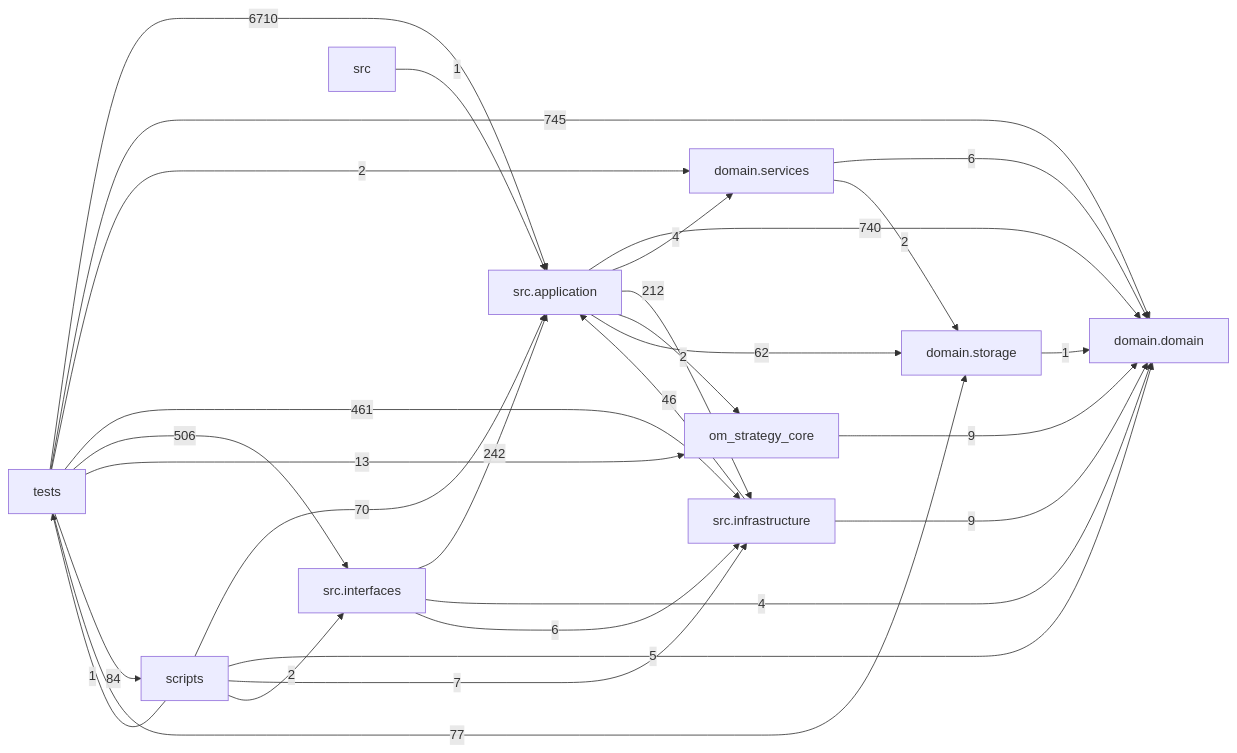
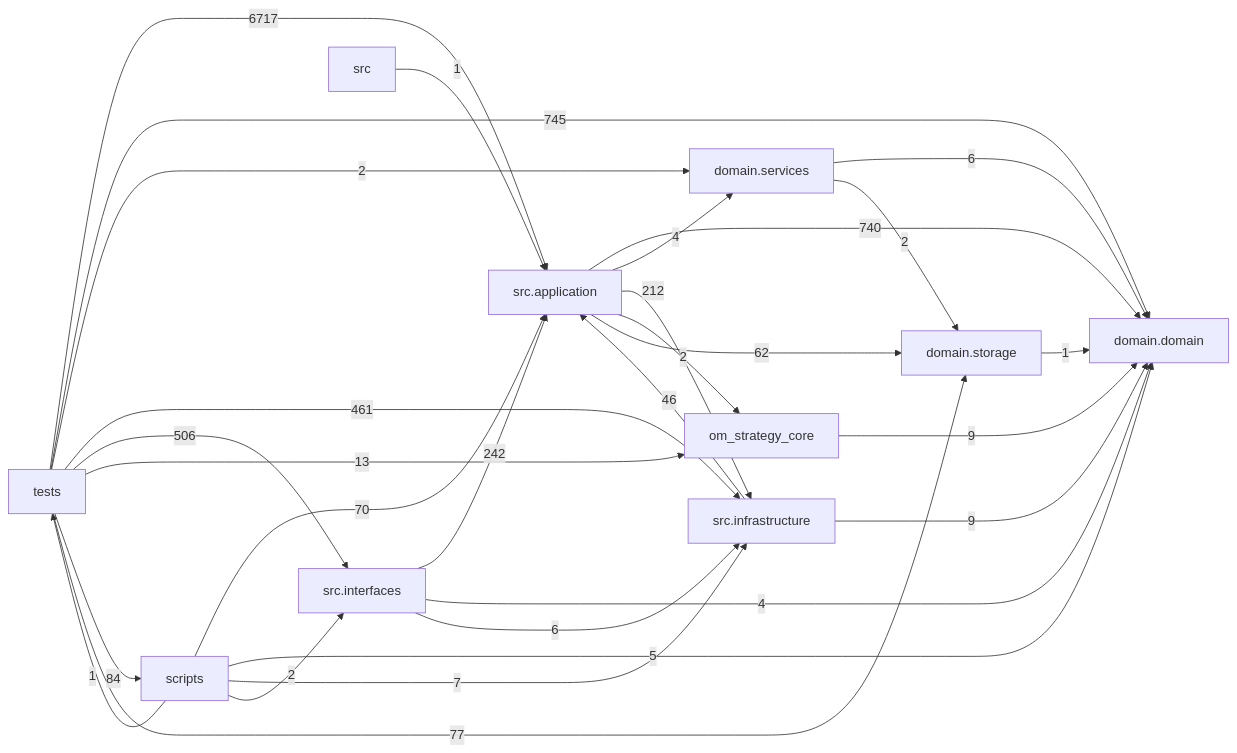
One commit to liuxie066/options-monitor changed the diagram in docs/DEPENDENCY_GRAPH.md. Above: the diagram before and after it, drawn with Mermaid. The commit also changed other lines of this file and 4 other files, not shown here.

````diff
--- a/docs/DEPENDENCY_GRAPH.md
+++ b/docs/DEPENDENCY_GRAPH.md
@@ -24,39 +24,39 @@
 ```mermaid
 flowchart LR
   tests["tests"]
   scripts["scripts"]
   interfaces["src.interfaces"]
   application["src.application"]
   infrastructure["src.infrastructure"]
   domain_services["domain.services"]
   domain["domain.domain"]
   storage["domain.storage"]
   application -->|740| domain
   application -->|4| domain_services
   application -->|212| infrastructure
   application -->|2| om_strategy_core
   application -->|62| storage
   domain_services -->|6| domain
   domain_services -->|2| storage
   infrastructure -->|46| application
   infrastructure -->|9| domain
   interfaces -->|242| application
   interfaces -->|4| domain
   interfaces -->|6| infrastructure
   om_strategy_core -->|9| domain
   scripts -->|70| application
   scripts -->|5| domain
   scripts -->|7| infrastructure
   scripts -->|2| interfaces
   scripts -->|1| tests
   src -->|1| application
   storage -->|1| domain
-  tests -->|6710| application
+  tests -->|6717| application
   tests -->|745| domain
   tests -->|2| domain_services
   tests -->|461| infrastructure
   tests -->|506| interfaces
   tests -->|13| om_strategy_core
   tests -->|84| scripts
   tests -->|77| storage
 ```
````
